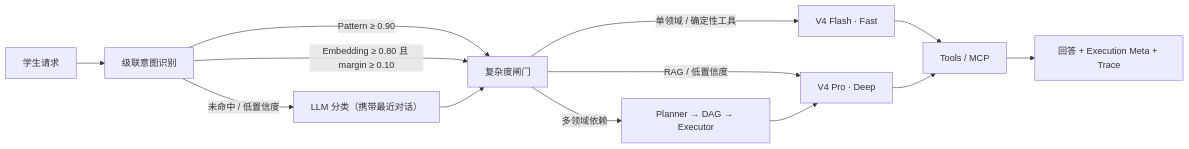
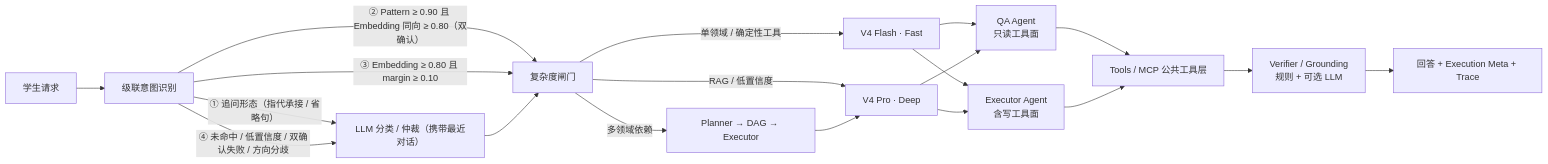
Before and after one commit to iam-epiphany/XDU-EchoGuide: the first of 2 diagrams in README.md, drawn with Mermaid. The commit also changed other lines of this file and 45 other files, not shown here.

Commit message:
v4：领域路由降级为人格/Skills 挂载，公共工具层与 QA/Executor 职责角色及双重写门禁；新增 Agent Runtime(Harness) 收口、ModelGateway 统一模型入口、出口校验 Verifier 与外部 MCP 工具源（默认关闭、只读过滤）

````diff
--- a/README.md
+++ b/README.md
@@ -41,14 +41,21 @@
 ```mermaid
 flowchart LR
     U["学生请求"] --> G["级联意图识别"]
-    G -->|"Pattern ≥ 0.90"| C["复杂度闸门"]
-    G -->|"Embedding ≥ 0.80 且 margin ≥ 0.10"| C
-    G -->|"未命中 / 低置信度"| L["LLM 分类（携带最近对话）"] --> C
+    G -->|"① 追问形态（指代承接 / 省略句）"| L["LLM 分类 / 仲裁（携带最近对话）"]
+    G -->|"② Pattern ≥ 0.90 且 Embedding 同向 ≥ 0.80（双确认）"| C["复杂度闸门"]
+    G -->|"③ Embedding ≥ 0.80 且 margin ≥ 0.10"| C
+    G -->|"④ 未命中 / 低置信度 / 双确认失败 / 方向分歧"| L
+    L --> C
     C -->|"单领域 / 确定性工具"| F["V4 Flash · Fast"]
     C -->|"RAG / 低置信度"| D["V4 Pro · Deep"]
     C -->|"多领域依赖"| P["Planner → DAG → Executor"]
     P --> D
-    F --> T["Tools / MCP"]
-    D --> T
-    T --> R["回答 + Execution Meta + Trace"]
+    F --> Q["QA Agent<br/>只读工具面"]
+    D --> Q
+    F --> E["Executor Agent<br/>含写工具面"]
+    D --> E
+    Q --> T["Tools / MCP 公共工具层"]
+    E --> T
+    T --> V["Verifier / Grounding<br/>规则 + 可选 LLM"]
+    V --> R["回答 + Execution Meta + Trace"]
 ```
````
